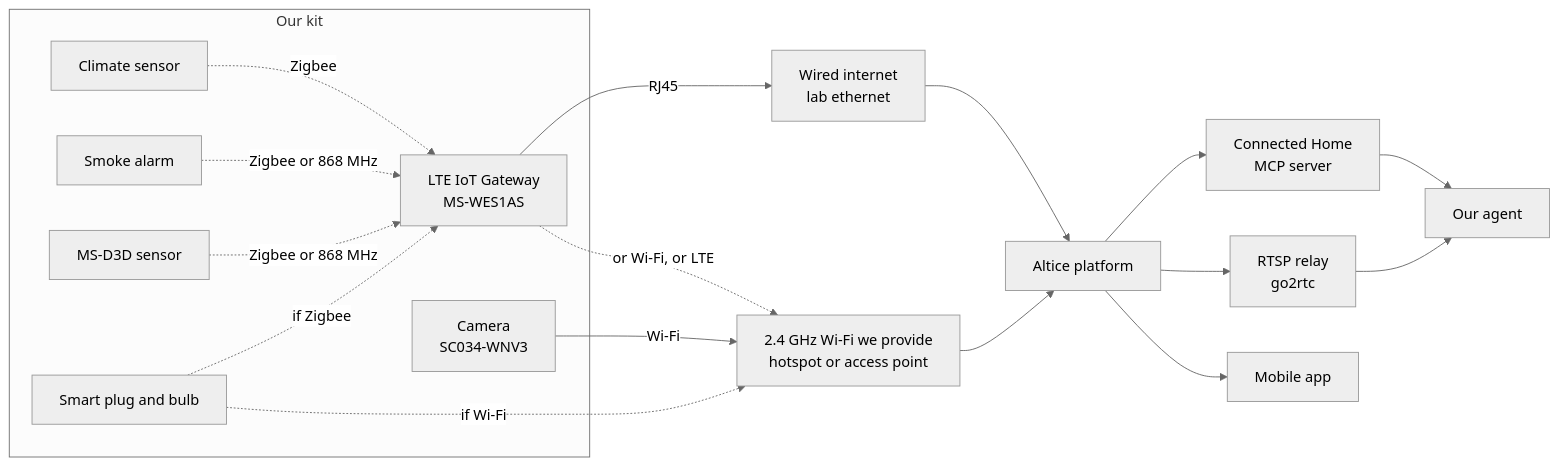
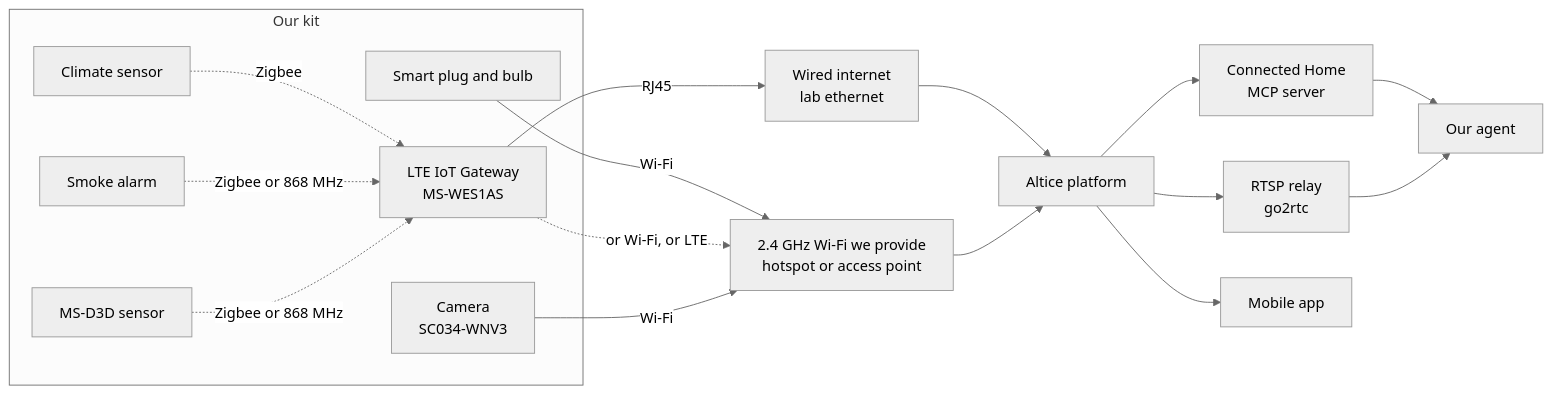
One commit to F1lipe01/hackathon-techweek changed the diagram in docs/04-kit-and-access.md. Above: the diagram before and after it, drawn with Mermaid (neutral theme). The commit also changed other lines of this file and 3 other files, not shown here.

````diff
--- a/docs/04-kit-and-access.md
+++ b/docs/04-kit-and-access.md
@@ -31,32 +31,31 @@
 ```mermaid
 flowchart LR
   subgraph KIT["Our kit"]
     CS["Climate sensor"]
     SA["Smoke alarm"]
     DS["MS-D3D sensor"]
     PB["Smart plug and bulb"]
     GW["LTE IoT Gateway<br/>MS-WES1AS"]
     CAM["Camera<br/>SC034-WNV3"]
   end
   WIFI["2.4 GHz Wi-Fi we provide<br/>hotspot or access point"]
   ETH["Wired internet<br/>lab ethernet"]
   PLAT["Altice platform"]
   MCP["Connected Home<br/>MCP server"]
   RTSP["RTSP relay<br/>go2rtc"]
   APP["Mobile app"]
   AGENT["Our agent"]
 
   CS -. "Zigbee" .-> GW
   SA -. "Zigbee or 868 MHz" .-> GW
   DS -. "Zigbee or 868 MHz" .-> GW
-  PB -. "if Zigbee" .-> GW
-  PB -. "if Wi-Fi" .-> WIFI
+  PB -- "Wi-Fi" --> WIFI
   GW -- "RJ45" --> ETH
   GW -. "or Wi-Fi, or LTE" .-> WIFI
   CAM -- "Wi-Fi" --> WIFI
   ETH --> PLAT
   WIFI --> PLAT
   PLAT --> MCP --> AGENT
   PLAT --> RTSP --> AGENT
   PLAT --> APP
 ```
````
